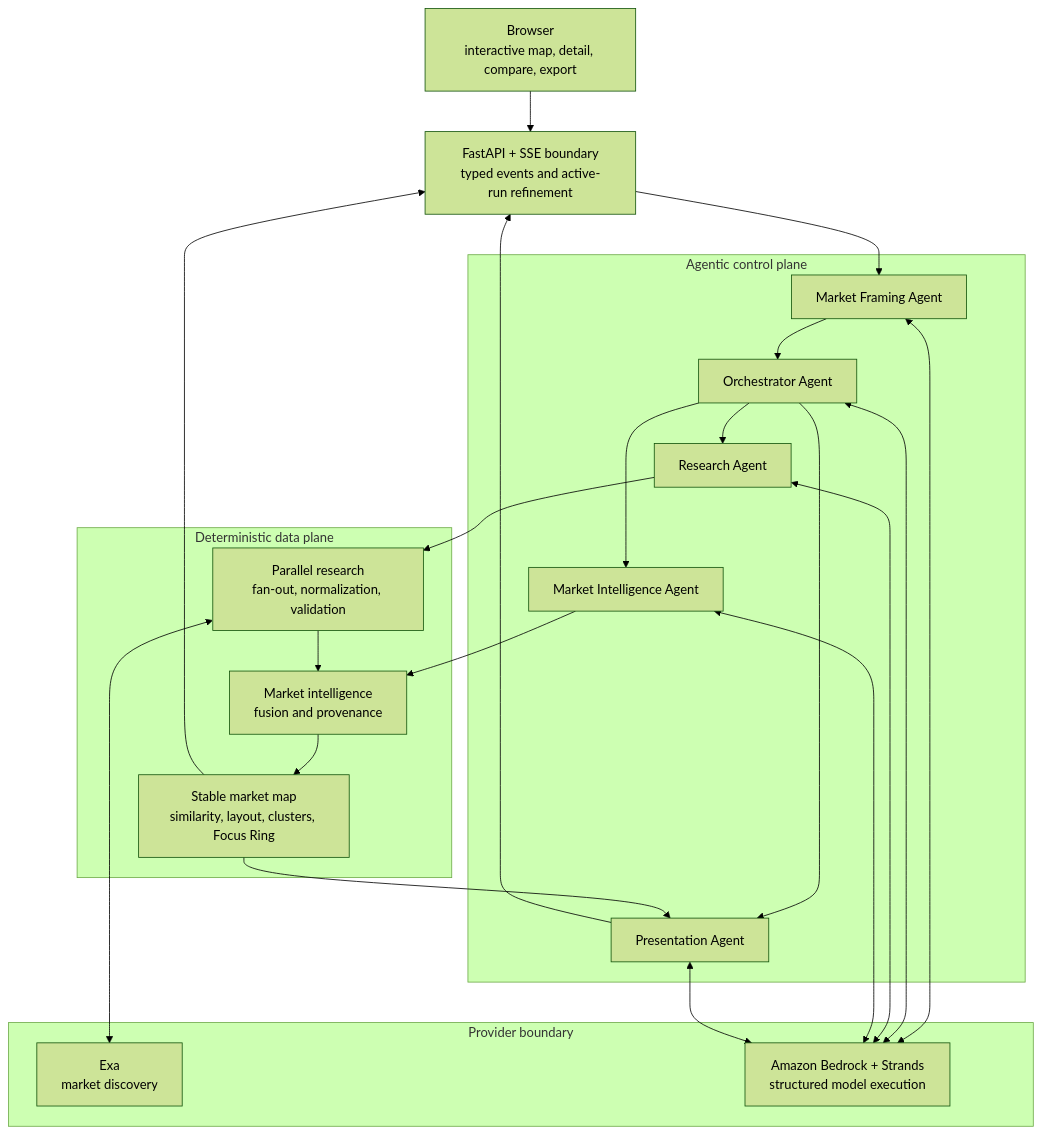
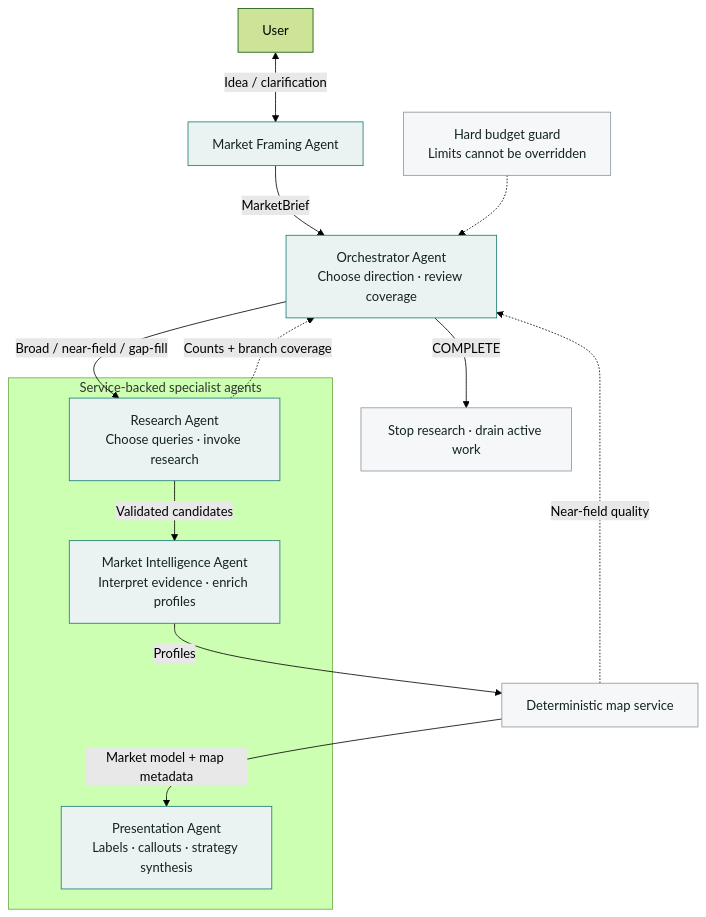
The first of 2 diagrams in README.md (ViviLoveAI/RivalMap), drawn with Mermaid (forest theme) before and after one commit. The commit also changed other lines of this file, not shown here.

Commit message:
docs: clarify agent collaboration and system architecture

````diff
--- a/README.md
+++ b/README.md
@@ -43,44 +43,26 @@
 ```mermaid
 flowchart TB
-    Browser[Browser<br/>interactive map, detail, compare, export]
-    API[FastAPI + SSE boundary<br/>typed events and active-run refinement]
+    User[User] <-->|Idea / clarification| Framing[Market Framing Agent]
+    Framing -->|MarketBrief| Orchestrator[Orchestrator Agent<br/>Choose direction · review coverage]
+    Budget[Hard budget guard<br/>Limits cannot be overridden] -.-> Orchestrator
 
-    subgraph Control[Agentic control plane]
-        Framer[Market Framing Agent]
-        Orchestrator[Orchestrator Agent]
-        ResearchAgent[Research Agent]
-        IntelligenceAgent[Market Intelligence Agent]
-        PresentationAgent[Presentation Agent]
+    subgraph Specialists[Service-backed specialist agents]
+        Research[Research Agent<br/>Choose queries · invoke research]
+        Intelligence[Market Intelligence Agent<br/>Interpret evidence · enrich profiles]
+        Presentation[Presentation Agent<br/>Labels · callouts · strategy synthesis]
     end
 
-    subgraph Data[Deterministic data plane]
-        Research[Parallel research<br/>fan-out, normalization, validation]
-        Intelligence[Market intelligence<br/>fusion and provenance]
-        Map[Stable market map<br/>similarity, layout, clusters, Focus Ring]
-    end
+    Orchestrator -->|Broad / near-field / gap-fill| Research
+    Research -->|Validated candidates| Intelligence
+    Intelligence -->|Profiles| Map[Deterministic map service]
+    Map -->|Market model + map metadata| Presentation
 
-    subgraph Providers[Provider boundary]
-        Exa[Exa<br/>market discovery]
-        Bedrock[Amazon Bedrock + Strands<br/>structured model execution]
-    end
+    Research -.->|Counts + branch coverage| Orchestrator
+    Map -.->|Near-field quality| Orchestrator
+    Orchestrator -->|COMPLETE| Done[Stop research · drain active work]
 
-    Browser --> API
-    API --> Framer
-    Framer --> Orchestrator
-    Orchestrator --> ResearchAgent
-    Orchestrator --> IntelligenceAgent
-    Orchestrator --> PresentationAgent
-    ResearchAgent --> Research
-    IntelligenceAgent --> Intelligence
-    Research <--> Exa
-    Framer <--> Bedrock
-    Orchestrator <--> Bedrock
-    ResearchAgent <--> Bedrock
-    IntelligenceAgent <--> Bedrock
-    PresentationAgent <--> Bedrock
-    Research --> Intelligence
-    Intelligence --> Map
-    Map --> PresentationAgent
-    PresentationAgent --> API
-    Map --> API
+    classDef agent fill:#eaf3f1,stroke:#197a73,color:#132321
+    classDef support fill:#f6f7f9,stroke:#8a969e,color:#132321
+    class Framing,Orchestrator,Research,Intelligence,Presentation agent
+    class Budget,Map,Done support
 ```
````
